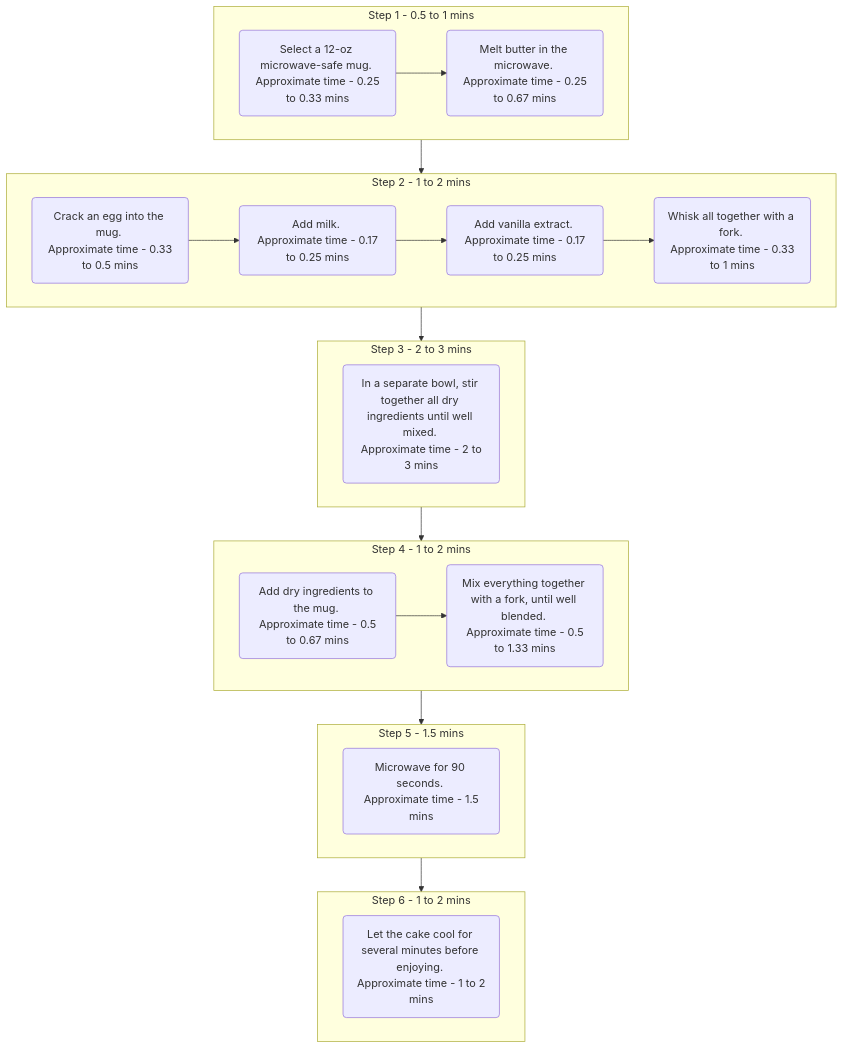
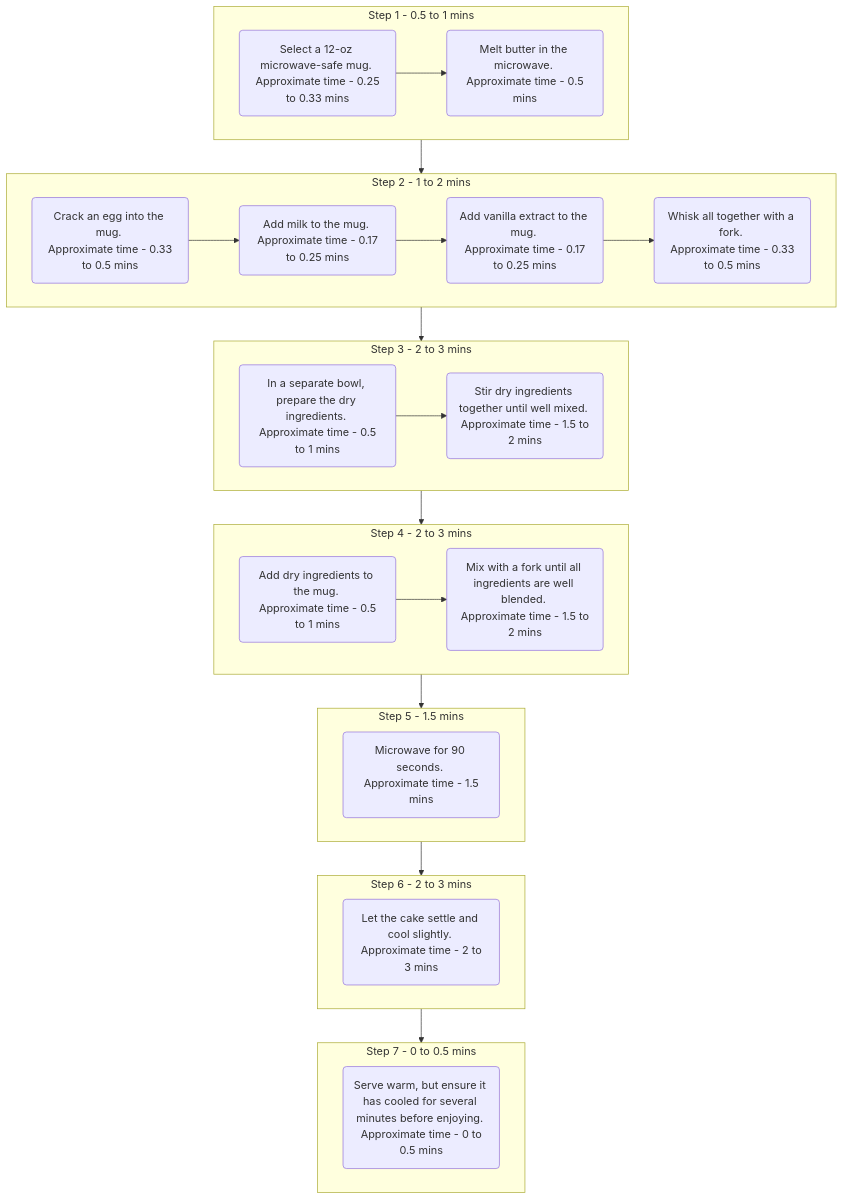
Before and after one commit to acse-ci223/RecipeServer: the diagram in sample.md, drawn with Mermaid. The commit also changed 1 other file, not shown here.

````diff
--- a/sample.md
+++ b/sample.md
@@ -1,57 +1,80 @@
 ```mermaid
 flowchart TD
 
 subgraph step_1[Step 1 - 0.5 to 1 mins]
+direction LR
+
 step_1_sub1("`Select a 12-oz microwave-safe mug. 
 
  Approximate time - 0.25 to 0.33 mins`") 
 step_1_sub2("`Melt butter in the microwave. 
 
- Approximate time - 0.25 to 0.67 mins`") 
+ Approximate time - 0.5 mins`") 
 step_1_sub1 --> step_1_sub2
 end
 subgraph step_2[Step 2 - 1 to 2 mins]
+direction LR
+
 step_2_sub1("`Crack an egg into the mug. 
 
  Approximate time - 0.33 to 0.5 mins`") 
-step_2_sub2("`Add milk. 
+step_2_sub2("`Add milk to the mug. 
 
  Approximate time - 0.17 to 0.25 mins`") 
-step_2_sub3("`Add vanilla extract. 
+step_2_sub3("`Add vanilla extract to the mug. 
 
  Approximate time - 0.17 to 0.25 mins`") 
 step_2_sub4("`Whisk all together with a fork. 
 
- Approximate time - 0.33 to 1 mins`") 
+ Approximate time - 0.33 to 0.5 mins`") 
 step_2_sub1 --> step_2_sub2 --> step_2_sub3 --> step_2_sub4
 end
 subgraph step_3[Step 3 - 2 to 3 mins]
-step_3_sub1("`In a separate bowl, stir together all dry ingredients until well mixed. 
+direction LR
 
- Approximate time - 2 to 3 mins`") 
-step_3_sub1
+step_3_sub1("`In a separate bowl, prepare the dry ingredients. 
+
+ Approximate time - 0.5 to 1 mins`") 
+step_3_sub2("`Stir dry ingredients together until well mixed. 
+
+ Approximate time - 1.5 to 2 mins`") 
+step_3_sub1 --> step_3_sub2
 end
-subgraph step_4[Step 4 - 1 to 2 mins]
+subgraph step_4[Step 4 - 2 to 3 mins]
+direction LR
+
 step_4_sub1("`Add dry ingredients to the mug. 
 
- Approximate time - 0.5 to 0.67 mins`") 
-step_4_sub2("`Mix everything together with a fork, until well blended. 
+ Approximate time - 0.5 to 1 mins`") 
+step_4_sub2("`Mix with a fork until all ingredients are well blended. 
 
- Approximate time - 0.5 to 1.33 mins`") 
+ Approximate time - 1.5 to 2 mins`") 
 step_4_sub1 --> step_4_sub2
 end
 subgraph step_5[Step 5 - 1.5 mins]
+direction LR
+
 step_5_sub1("`Microwave for 90 seconds. 
 
  Approximate time - 1.5 mins`") 
 step_5_sub1
 end
-subgraph step_6[Step 6 - 1 to 2 mins]
-step_6_sub1("`Let the cake cool for several minutes before enjoying. 
+subgraph step_6[Step 6 - 2 to 3 mins]
+direction LR
 
- Approximate time - 1 to 2 mins`") 
+step_6_sub1("`Let the cake settle and cool slightly. 
+
+ Approximate time - 2 to 3 mins`") 
 step_6_sub1
 end
+subgraph step_7[Step 7 - 0 to 0.5 mins]
+direction LR
 
-step_1 --> step_2 --> step_3 --> step_4 --> step_5 --> step_6
+step_7_sub1("`Serve warm, but ensure it has cooled for several minutes before enjoying. 
+
+ Approximate time - 0 to 0.5 mins`") 
+step_7_sub1
+end
+
+step_1 --> step_2 --> step_3 --> step_4 --> step_5 --> step_6 --> step_7
 ```
````
